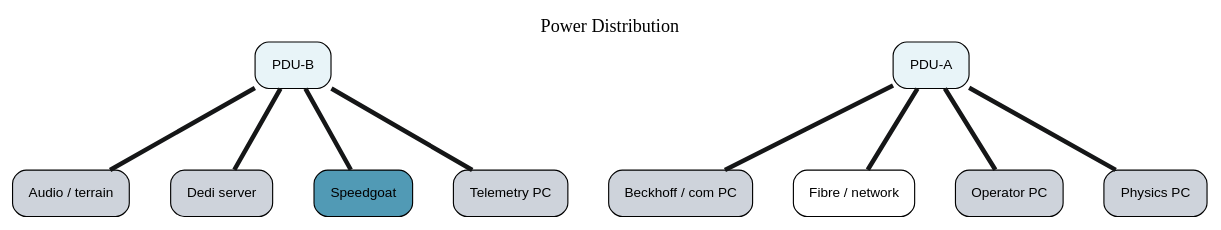
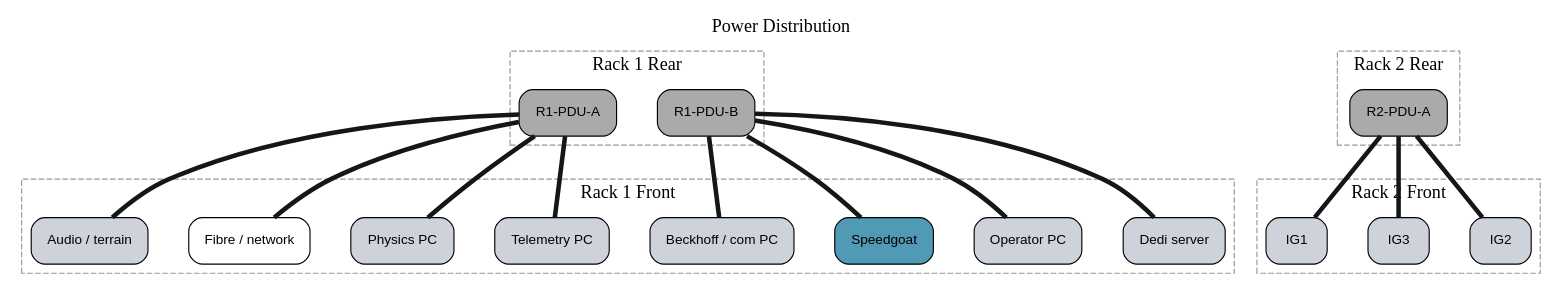
One commit to BenjiPestell/rack-diagram-demo changed the diagram in wiring_power_distribution.dot. Above: the diagram before and after it, drawn with Graphviz. The commit also changed 6 other files, not shown here.

```diff
--- a/wiring_power_distribution.dot
+++ b/wiring_power_distribution.dot
@@ -1,97 +1,149 @@
 graph "Power Distribution" {
 
   graph [
     rankdir=TB,
     nodesep=0.5,
     ranksep=1.0,
     bgcolor="white",
     label="Power Distribution",
     labelloc=t,
     fontsize=16,
     fontname="Arial Bold"
   ];
 
   node [
     shape=box,
     style="rounded,filled",
     fillcolor="#E8F4F8",
     fontsize=12,
     fontname="Arial",
     margin=0.2
   ];
 
   edge [
     color="#151617",
     style=solid,
     penwidth=4.0
   ];
 
   // Devices by rack
+  subgraph cluster_rack1_front {
+    label="Rack 1 Front";
+    style=dashed;
+    color="#999999";
+
     "Audio___terrain" [
       label="Audio / terrain",
       fillcolor="#ced3db"
     ];
     "Beckhoff___com_PC" [
       label="Beckhoff / com PC",
       fillcolor="#ced3db"
     ];
     "Dedi_server" [
       label="Dedi server",
       fillcolor="#ced3db"
     ];
     "Fibre___network" [
       label="Fibre / network",
       fillcolor="#FFFFFF"
     ];
     "Operator_PC" [
       label="Operator PC",
       fillcolor="#ced3db"
     ];
     "Physics_PC" [
       label="Physics PC",
       fillcolor="#ced3db"
     ];
     "Speedgoat" [
       label="Speedgoat",
       fillcolor="#519AB5"
     ];
     "Telemetry_PC" [
       label="Telemetry PC",
       fillcolor="#ced3db"
     ];
+  }
 
-  // External devices
-  "PDU-A" [
-    label="PDU-A"
-  ];
-  "PDU-B" [
-    label="PDU-B"
-  ];
+  subgraph cluster_rack1_rear {
+    label="Rack 1 Rear";
+    style=dashed;
+    color="#999999";
+
+    "R1-PDU-A" [
+      label="R1-PDU-A",
+      fillcolor="#AAAAAA"
+    ];
+    "R1-PDU-B" [
+      label="R1-PDU-B",
+      fillcolor="#AAAAAA"
+    ];
+  }
+
+  subgraph cluster_rack2_front {
+    label="Rack 2 Front";
+    style=dashed;
+    color="#999999";
+
+    "IG1" [
+      label="IG1",
+      fillcolor="#ced3db"
+    ];
+    "IG2" [
+      label="IG2",
+      fillcolor="#ced3db"
+    ];
+    "IG3" [
+      label="IG3",
+      fillcolor="#ced3db"
+    ];
+  }
+
+  subgraph cluster_rack2_rear {
+    label="Rack 2 Rear";
+    style=dashed;
+    color="#999999";
+
+    "R2-PDU-A" [
+      label="R2-PDU-A",
+      fillcolor="#AAAAAA"
+    ];
+  }
 
   // Connections
-  "PDU-A" -- "Beckhoff___com_PC" [
+  "R1-PDU-A" -- "Audio___terrain" [
     color="#151617", style=solid, penwidth=4.0
   ];
-  "PDU-A" -- "Operator_PC" [
+  "R1-PDU-A" -- "Telemetry_PC" [
     color="#151617", style=solid, penwidth=4.0
   ];
-  "PDU-A" -- "Physics_PC" [
+  "R1-PDU-A" -- "Fibre___network" [
     color="#151617", style=solid, penwidth=4.0
   ];
-  "PDU-B" -- "Dedi_server" [
+  "R1-PDU-A" -- "Physics_PC" [
     color="#151617", style=solid, penwidth=4.0
   ];
-  "PDU-B" -- "Speedgoat" [
+  "R1-PDU-B" -- "Speedgoat" [
     color="#151617", style=solid, penwidth=4.0
   ];
-  "PDU-B" -- "Telemetry_PC" [
+  "R1-PDU-B" -- "Operator_PC" [
     color="#151617", style=solid, penwidth=4.0
   ];
-  "PDU-B" -- "Audio___terrain" [
+  "R1-PDU-B" -- "Dedi_server" [
     color="#151617", style=solid, penwidth=4.0
   ];
-  "PDU-A" -- "Fibre___network" [
+  "R1-PDU-B" -- "Beckhoff___com_PC" [
+    color="#151617", style=solid, penwidth=4.0
+  ];
+  "R2-PDU-A" -- "IG1" [
+    color="#151617", style=solid, penwidth=4.0
+  ];
+  "R2-PDU-A" -- "IG2" [
+    color="#151617", style=solid, penwidth=4.0
+  ];
+  "R2-PDU-A" -- "IG3" [
     color="#151617", style=solid, penwidth=4.0
   ];
 
 }
```
